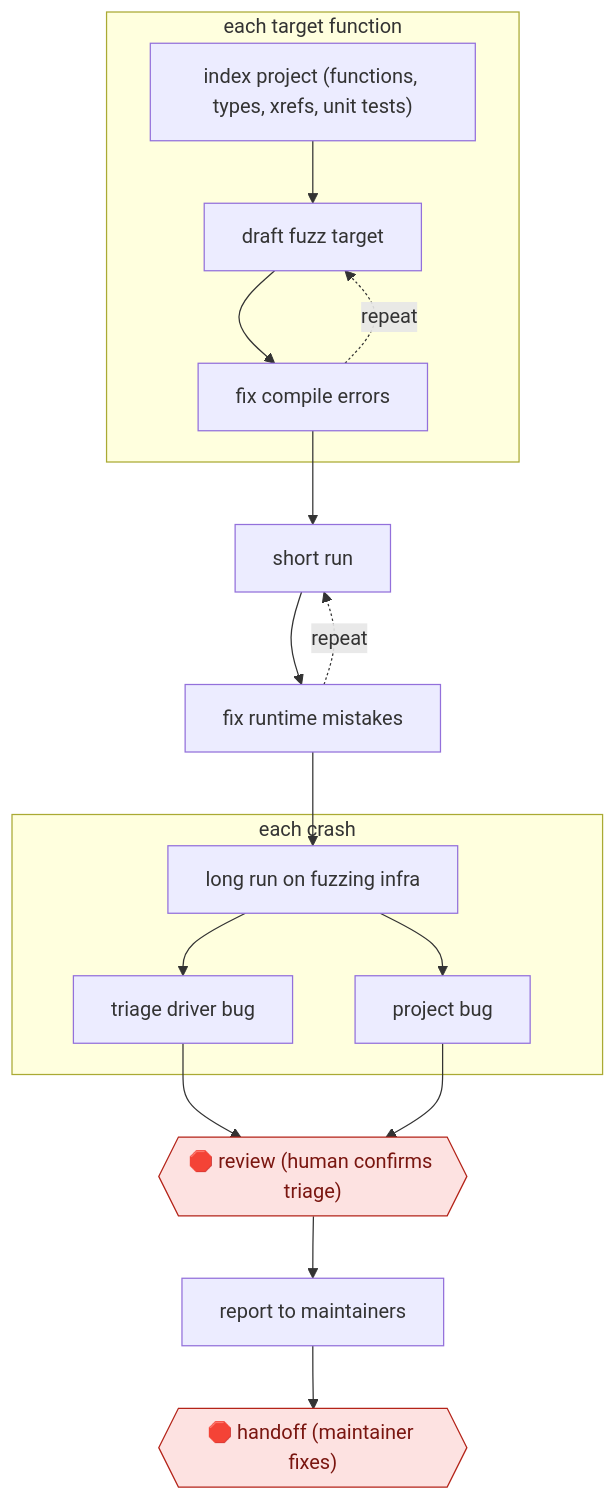
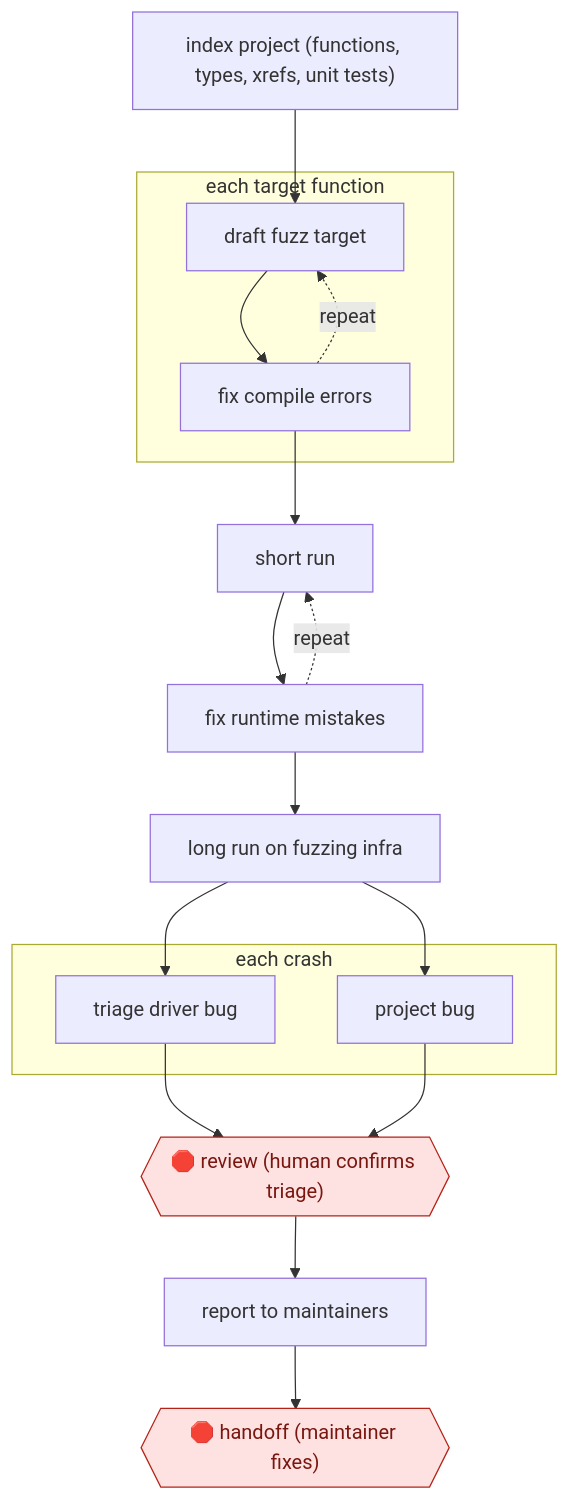
Before and after one commit to milesradford99/agent-workflow-atlas: the diagram in workflows/TEC/ITS/APPSEC/ai-fuzz-target-hunting/README.md, drawn with Mermaid. The commit also changed other lines of this file and 171 other files, not shown here.

````diff
--- a/workflows/TEC/ITS/APPSEC/ai-fuzz-target-hunting/README.md
+++ b/workflows/TEC/ITS/APPSEC/ai-fuzz-target-hunting/README.md
@@ -31,32 +31,32 @@
 ```mermaid
 flowchart TD
   n1["index project (functions, types, xrefs, unit tests)"]
   subgraph s2["each target function"]
   n3["draft fuzz target"]
+  n4["fix compile errors"]
+  end
+  n5["short run"]
+  n6["fix runtime mistakes"]
+  n7["long run on fuzzing infra"]
+  subgraph s8["each crash"]
+  n9["triage driver bug"]
+  n10["project bug"]
+  end
+  n11{{"🛑 review (human confirms triage)"}}:::stop
+  n12["report to maintainers"]
+  n13{{"🛑 handoff (maintainer fixes)"}}:::stop
   n1 --> n3
-  n4["fix compile errors"]
   n3 --> n4
   n4 -.->|repeat| n3
-  end
-  n5["short run"]
   n4 --> n5
-  n6["fix runtime mistakes"]
   n5 --> n6
   n6 -.->|repeat| n5
-  n7["long run on fuzzing infra"]
   n6 --> n7
-  subgraph s8["each crash"]
-  n9["triage driver bug"]
   n7 --> n9
-  n10["project bug"]
   n7 --> n10
-  end
-  n11{{"🛑 review (human confirms triage)"}}:::stop
   n9 --> n11
   n10 --> n11
-  n12["report to maintainers"]
   n11 --> n12
-  n13{{"🛑 handoff (maintainer fixes)"}}:::stop
   n12 --> n13
   classDef stop fill:#fde2e1,stroke:#b42318,color:#7a1610
 ```
````
